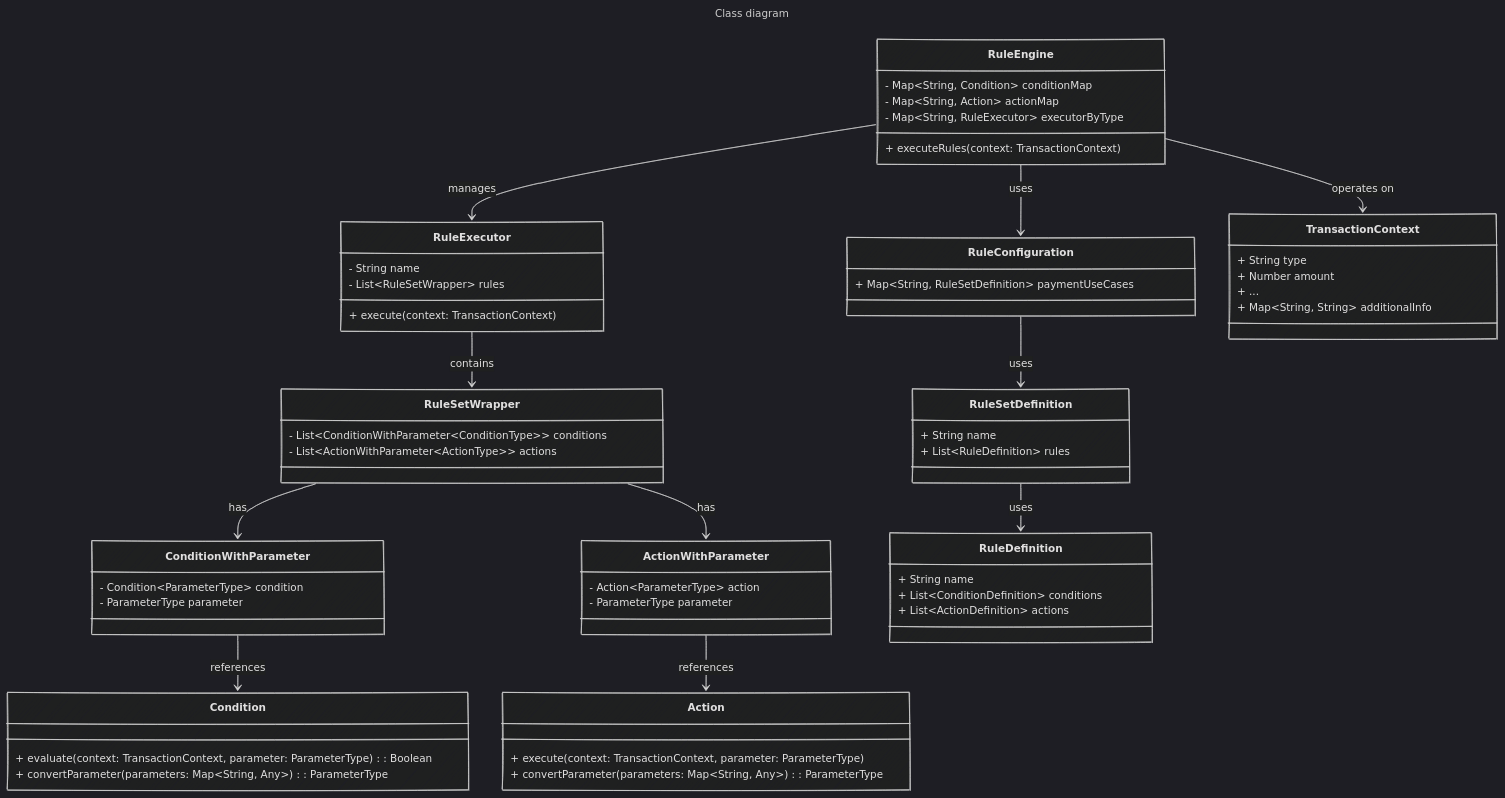
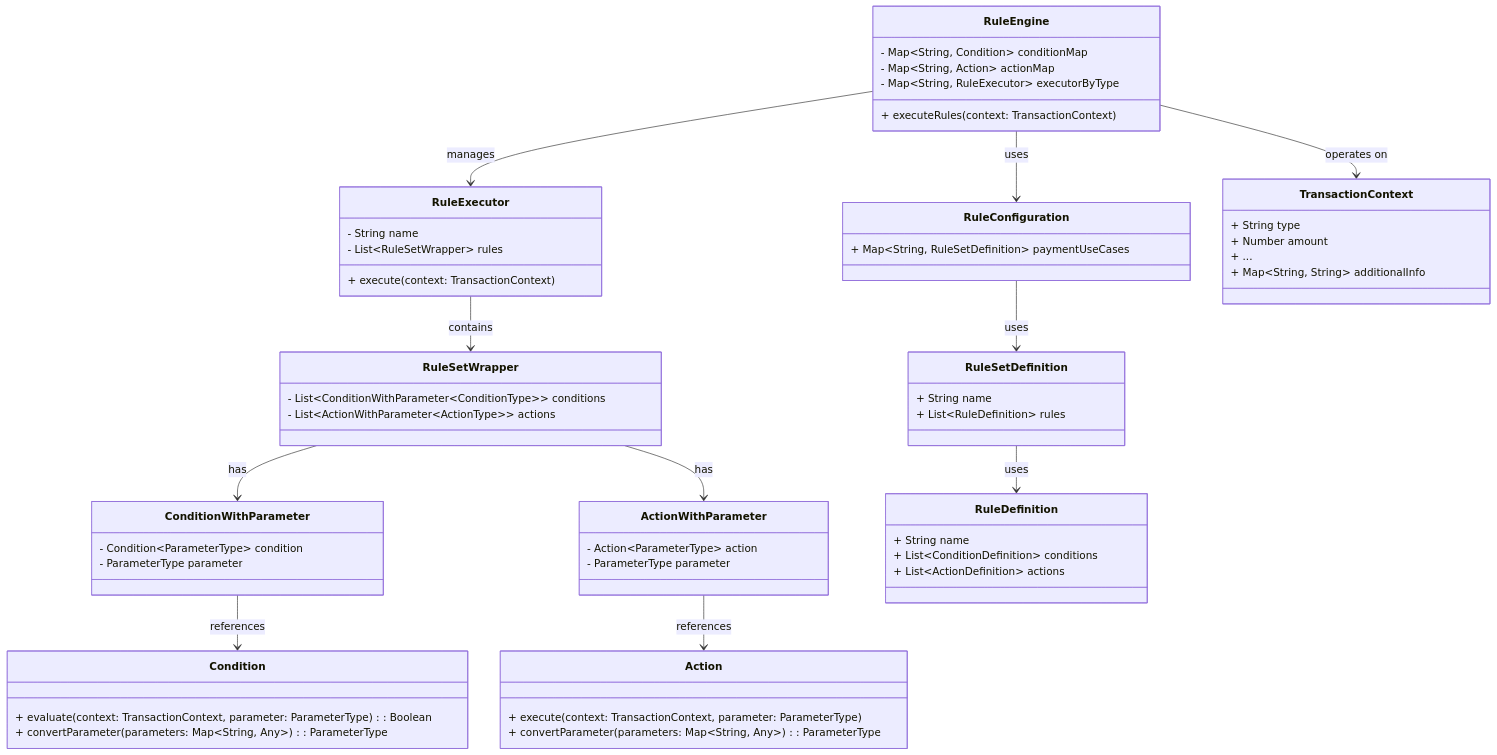
The first of 2 diagrams in README.md (thanhtrixx/rule-engine), drawn with Mermaid before and after one commit. The commit also changed other lines of this file, not shown here.

Commit message:
Add Flowchart

````diff
--- a/README.md
+++ b/README.md
@@ -5,79 +5,73 @@
 ```mermaid
----
-title: Class diagram
-config:
-  theme: dark
-  look: handDrawn
----
 classDiagram
     class RuleEngine {
         - Map~String, Condition~ conditionMap
         - Map~String, Action~ actionMap
         - Map~String, RuleExecutor~ executorByType
         + executeRules(context: TransactionContext)
     }
 
     class RuleExecutor {
         - String name
         - List~RuleSetWrapper~ rules
         + execute(context: TransactionContext)
     }
 
     class RuleSetWrapper {
         - List~ConditionWithParameter~ConditionType~~ conditions
         - List~ActionWithParameter~ActionType~~ actions
     }
 
     class ConditionWithParameter {
         - Condition~ParameterType~ condition
         - ParameterType parameter
     }
 
     class ActionWithParameter {
         - Action~ParameterType~ action
         - ParameterType parameter
     }
 
     class RuleConfiguration {
         + Map~String, RuleSetDefinition~ paymentUseCases
     }
 
 
     class RuleSetDefinition {
         + String name
         + List~RuleDefinition~ rules
     }
     class RuleDefinition {
         + String name
         + List~ConditionDefinition~ conditions
         + List~ActionDefinition~ actions
     }
 
     class TransactionContext {
         + String type
         + Number amount
         + ...
         + Map~String, String~ additionalInfo
     }
 
     class Condition {
         + evaluate(context: TransactionContext, parameter: ParameterType): Boolean
         + convertParameter(parameters: Map~String, Any~): ParameterType
     }
 
     class Action {
         + execute(context: TransactionContext, parameter: ParameterType)
         + convertParameter(parameters: Map~String, Any~): ParameterType
     }
 
     RuleEngine --> RuleExecutor : manages
     RuleExecutor --> RuleSetWrapper : contains
     RuleSetWrapper --> ConditionWithParameter : has
     RuleSetWrapper --> ActionWithParameter : has
     RuleEngine --> RuleConfiguration : uses
     RuleConfiguration --> RuleSetDefinition : uses
     RuleSetDefinition --> RuleDefinition : uses
     ConditionWithParameter --> Condition : references
     ActionWithParameter --> Action : references
     RuleEngine --> TransactionContext : operates on
 ```
````
